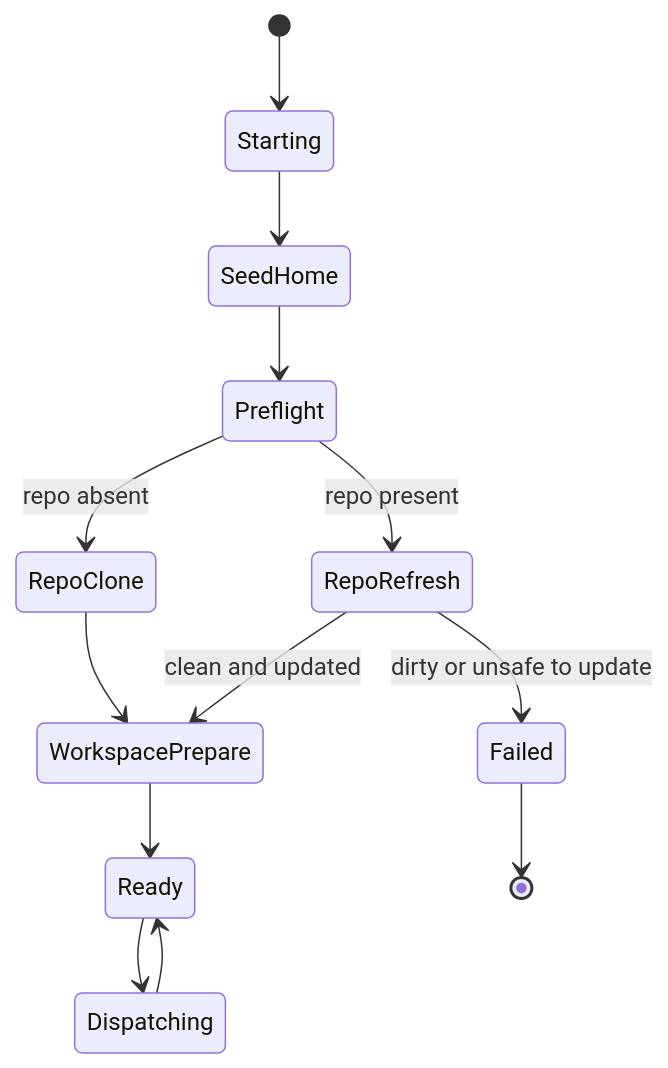
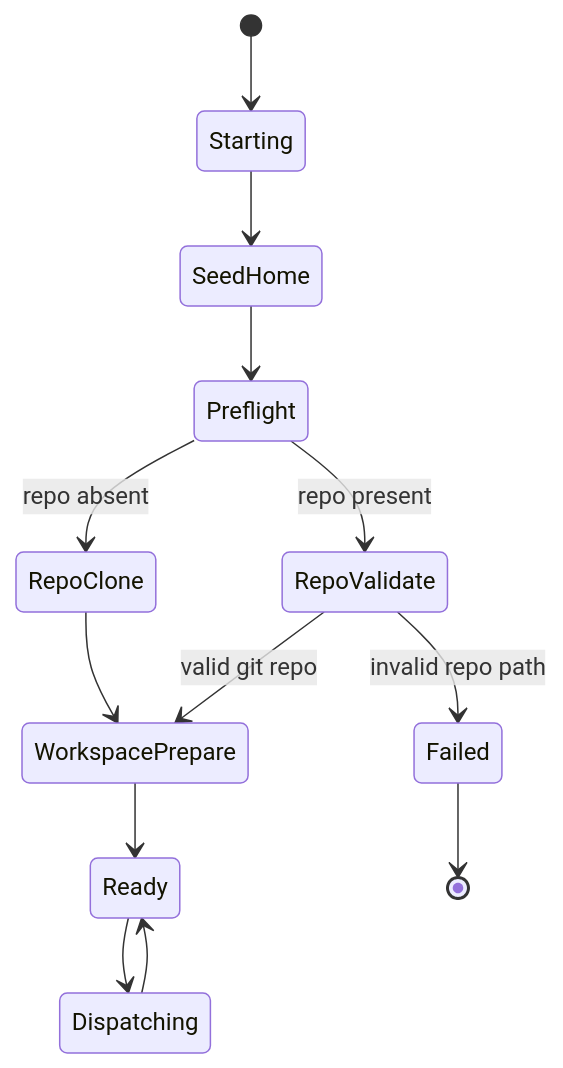
Before and after one commit to pandazxx/codex-slack: the first of 2 diagrams in docs/design/agent-runtime-cleanup-detailed-design.md, drawn with Mermaid. The commit also changed other lines of this file and 1 other file, not shown here.

Commit message:
docs: simplify runtime cleanup repo policy

````diff
--- a/docs/design/agent-runtime-cleanup-detailed-design.md
+++ b/docs/design/agent-runtime-cleanup-detailed-design.md
@@ -247,15 +245,15 @@
 ```mermaid
 stateDiagram-v2
     [*] --> Starting
     Starting --> SeedHome
     SeedHome --> Preflight
     Preflight --> RepoClone: repo absent
-    Preflight --> RepoRefresh: repo present
+    Preflight --> RepoValidate: repo present
     RepoClone --> WorkspacePrepare
-    RepoRefresh --> WorkspacePrepare: clean and updated
-    RepoRefresh --> Failed: dirty or unsafe to update
+    RepoValidate --> WorkspacePrepare: valid git repo
+    RepoValidate --> Failed: invalid repo path
     WorkspacePrepare --> Ready
     Ready --> Dispatching
     Dispatching --> Ready
     Failed --> [*]
 ```
````
